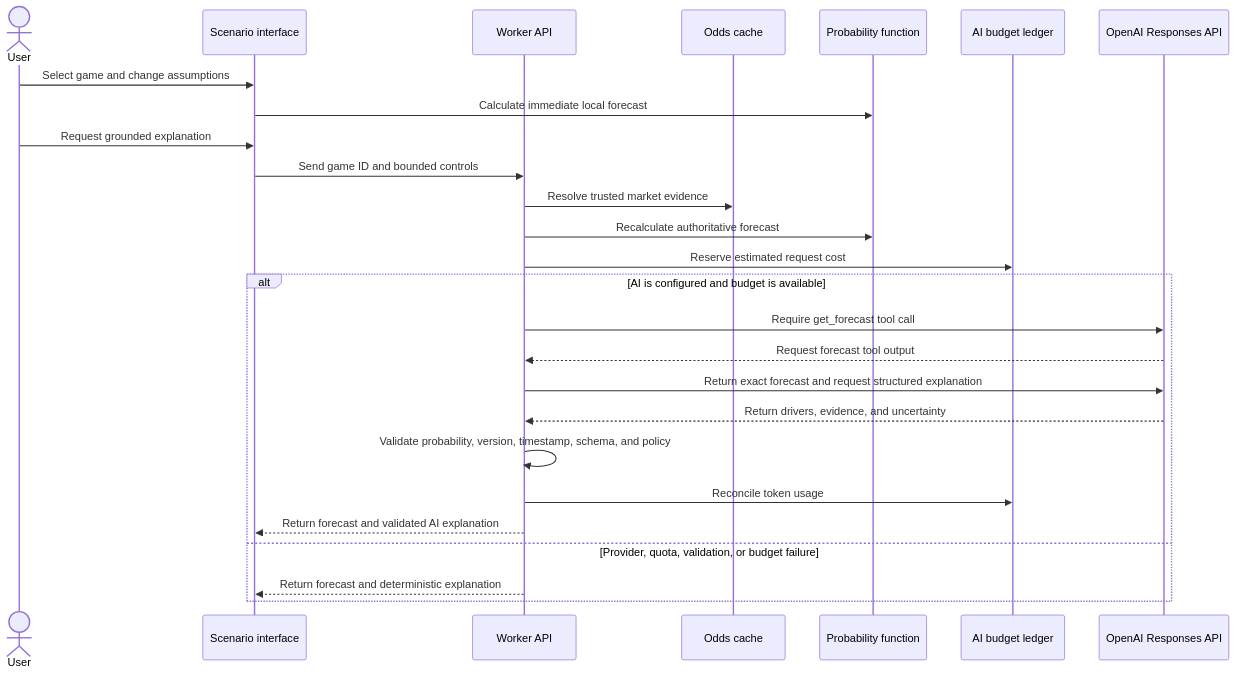
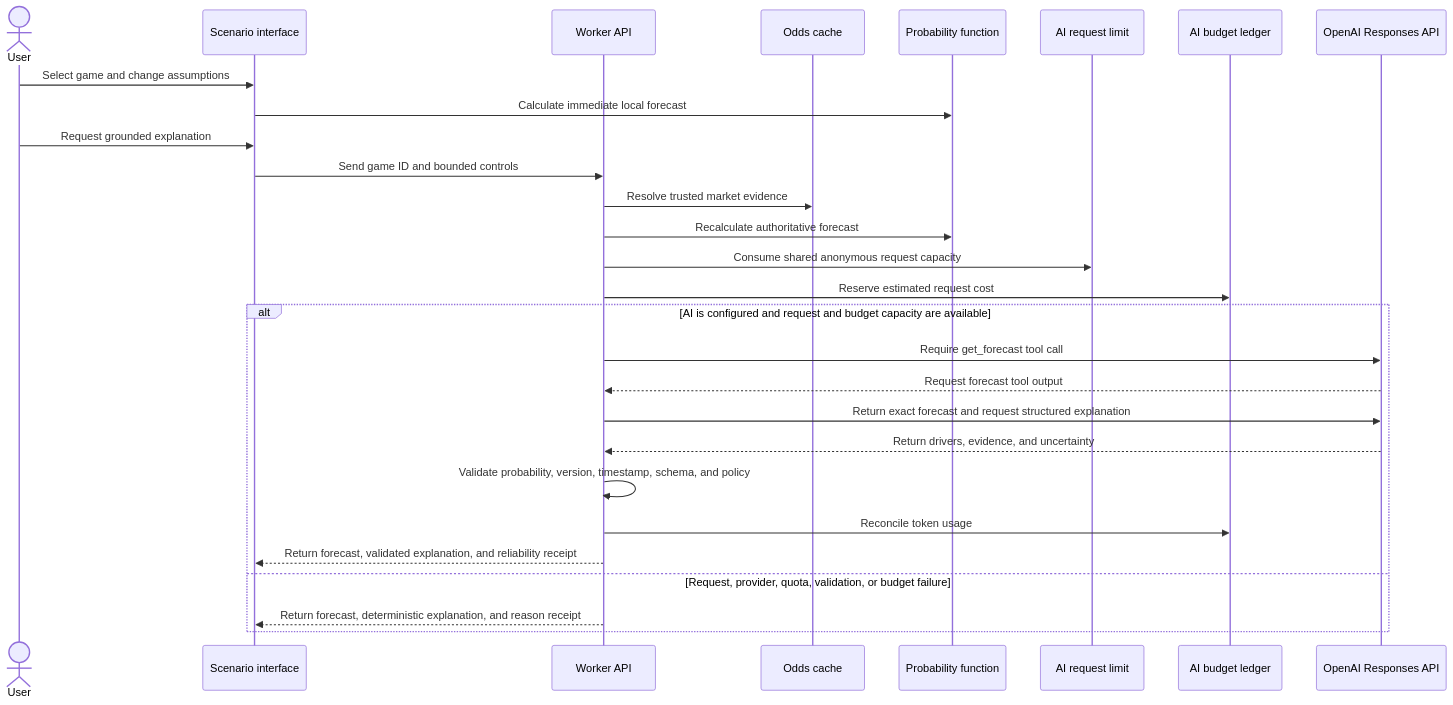
Before and after one commit to erlawler/road-to-six: the second of 2 diagrams in docs/frontier-ai-architecture.md, drawn with Mermaid. The commit also changed other lines of this file and 46 other files, not shown here.

````diff
--- a/docs/frontier-ai-architecture.md
+++ b/docs/frontier-ai-architecture.md
@@ -56,30 +60,32 @@
 ```mermaid
 sequenceDiagram
     actor User
     participant UI as Scenario interface
     participant API as Worker API
     participant Cache as Odds cache
     participant Fn as Probability function
+    participant Limit as AI request limit
     participant Ledger as AI budget ledger
     participant AI as OpenAI Responses API
 
     User->>UI: Select game and change assumptions
     UI->>Fn: Calculate immediate local forecast
     User->>UI: Request grounded explanation
     UI->>API: Send game ID and bounded controls
     API->>Cache: Resolve trusted market evidence
     API->>Fn: Recalculate authoritative forecast
+    API->>Limit: Consume shared anonymous request capacity
     API->>Ledger: Reserve estimated request cost
 
-    alt AI is configured and budget is available
+    alt AI is configured and request and budget capacity are available
         API->>AI: Require get_forecast tool call
         AI-->>API: Request forecast tool output
         API->>AI: Return exact forecast and request structured explanation
         AI-->>API: Return drivers, evidence, and uncertainty
         API->>API: Validate probability, version, timestamp, schema, and policy
         API->>Ledger: Reconcile token usage
-        API-->>UI: Return forecast and validated AI explanation
-    else Provider, quota, validation, or budget failure
-        API-->>UI: Return forecast and deterministic explanation
+        API-->>UI: Return forecast, validated explanation, and reliability receipt
+    else Request, provider, quota, validation, or budget failure
+        API-->>UI: Return forecast, deterministic explanation, and reason receipt
     end
 ```
````
